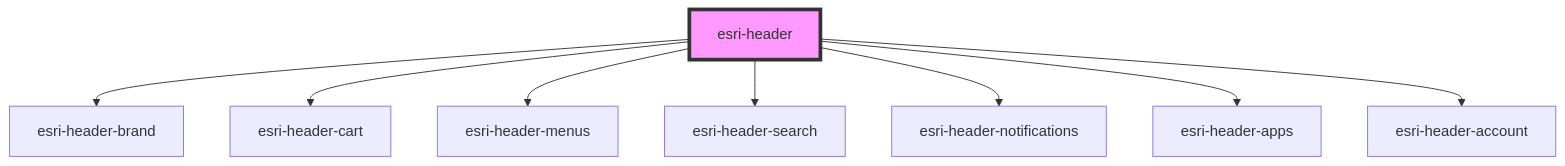
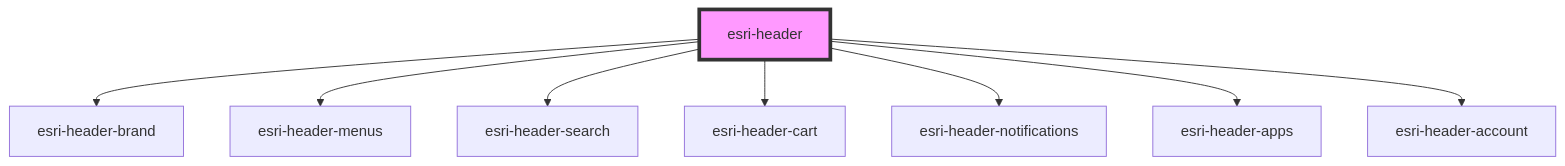
The diagram in src/components/esri-header/readme.md (Esri/global-nav), drawn with Mermaid before and after one commit. The commit also changed other lines of this file and 7 other files, not shown here.

````diff
--- a/src/components/esri-header/readme.md
+++ b/src/components/esri-header/readme.md
@@ -48,11 +48,11 @@
 ```mermaid
 graph TD;
   esri-header --> esri-header-brand
-  esri-header --> esri-header-cart
   esri-header --> esri-header-menus
   esri-header --> esri-header-search
+  esri-header --> esri-header-cart
   esri-header --> esri-header-notifications
   esri-header --> esri-header-apps
   esri-header --> esri-header-account
   style esri-header fill:#f9f,stroke:#333,stroke-width:4px
 ```
````
